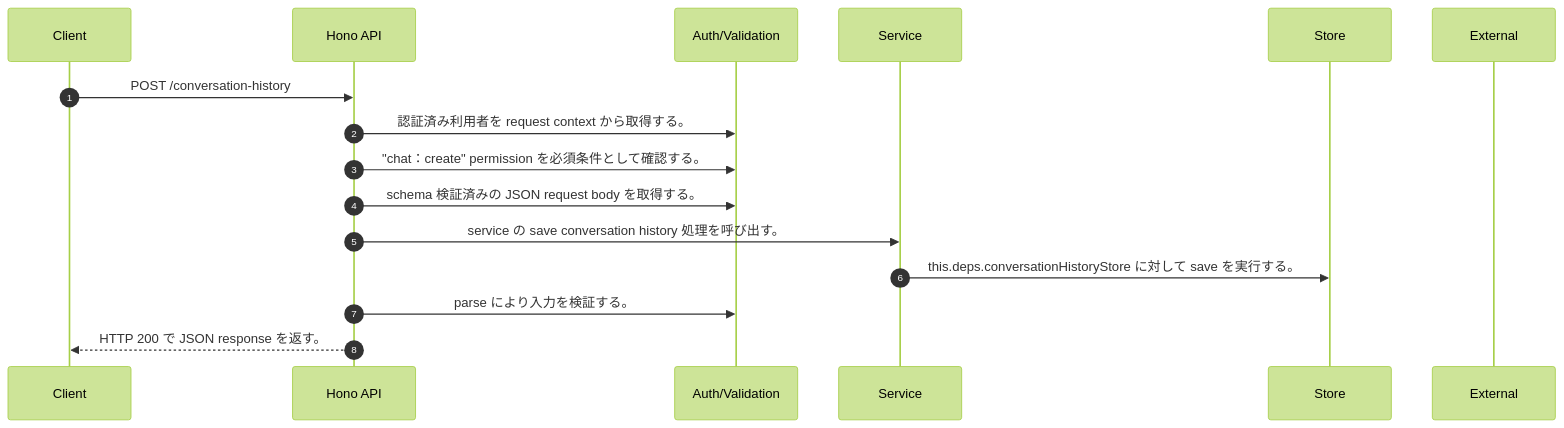
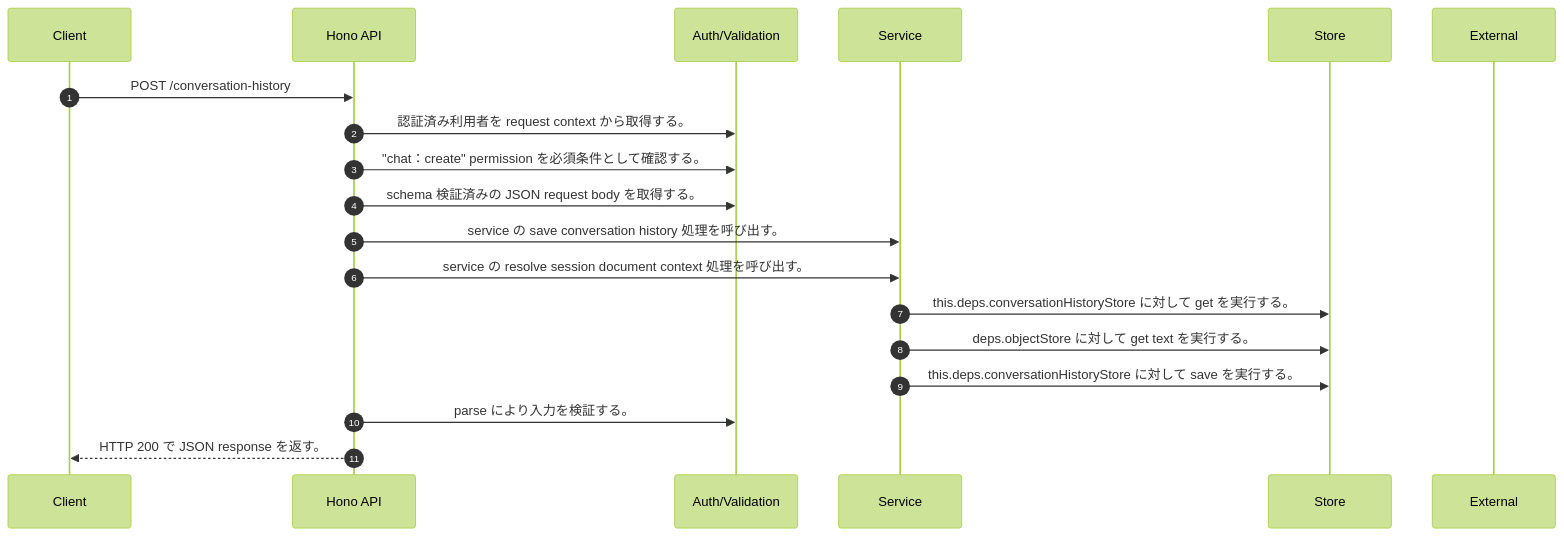
Before and after one commit to tsuji-tomonori/rag-assist: the diagram in docs/generated/api-code/post-conversation-history/sequence_gen.md, drawn with Mermaid (forest theme). The commit also changed other lines of this file and 141 other files, not shown here.

````diff
--- a/docs/generated/api-code/post-conversation-history/sequence_gen.md
+++ b/docs/generated/api-code/post-conversation-history/sequence_gen.md
@@ -7,18 +7,21 @@
 ```mermaid
 sequenceDiagram
   autonumber
   participant Client as Client
   participant API as Hono API
   participant Auth as Auth/Validation
   participant Service as Service
   participant Store as Store
   participant External as External
   Client->>API: POST /conversation-history
   API->>Auth: 認証済み利用者を request context から取得する。
   API->>Auth: "chat：create" permission を必須条件として確認する。
   API->>Auth: schema 検証済みの JSON request body を取得する。
   API->>Service: service の save conversation history 処理を呼び出す。
+  API->>Service: service の resolve session document context 処理を呼び出す。
+  Service->>Store: this.deps.conversationHistoryStore に対して get を実行する。
+  Service->>Store: deps.objectStore に対して get text を実行する。
   Service->>Store: this.deps.conversationHistoryStore に対して save を実行する。
   API->>Auth: parse により入力を検証する。
   API-->>Client: HTTP 200 で JSON response を返す。
 ```
````
